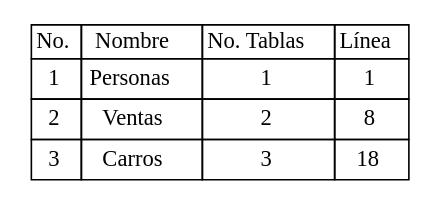
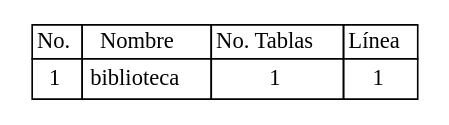
One commit to Jodyannre/COMPI2_proyecto1_2022 changed the diagram in Back/Web/tablas/tablaBD.dot. Above: the diagram before and after it, drawn with Graphviz. The commit also changed 37 other files, not shown here.

```diff
--- a/Back/Web/tablas/tablaBD.dot
+++ b/Back/Web/tablas/tablaBD.dot
@@ -1,51 +1,27 @@
 
 	digraph {
 		tablaSimbolos [
 		  shape=plaintext
 		  label=<
 			<table border='0' cellborder='1' color='black' cellspacing='0'>
 			  <tr>
 				  <td>No.</td>
 				  <td>Nombre</td>
 				  <td>No. Tablas</td>
 				  <td>Línea</td>
 			  </tr>
 <tr>
 <td cellpadding='4'>
 1
 </td>
-<td cellpadding='4'>Personas
+<td cellpadding='4'>biblioteca
 </td>
 <td cellpadding='4'>1
 </td>
 <td cellpadding='4'>1
 </td>
 </tr>
 
-<tr>
-<td cellpadding='4'>
-2
-</td>
-<td cellpadding='4'>Ventas
-</td>
-<td cellpadding='4'>2
-</td>
-<td cellpadding='4'>8
-</td>
-</tr>
-
-<tr>
-<td cellpadding='4'>
-3
-</td>
-<td cellpadding='4'>Carros
-</td>
-<td cellpadding='4'>3
-</td>
-<td cellpadding='4'>18
-</td>
-</tr>
-
 		</table>
 		>];
 	}
```
